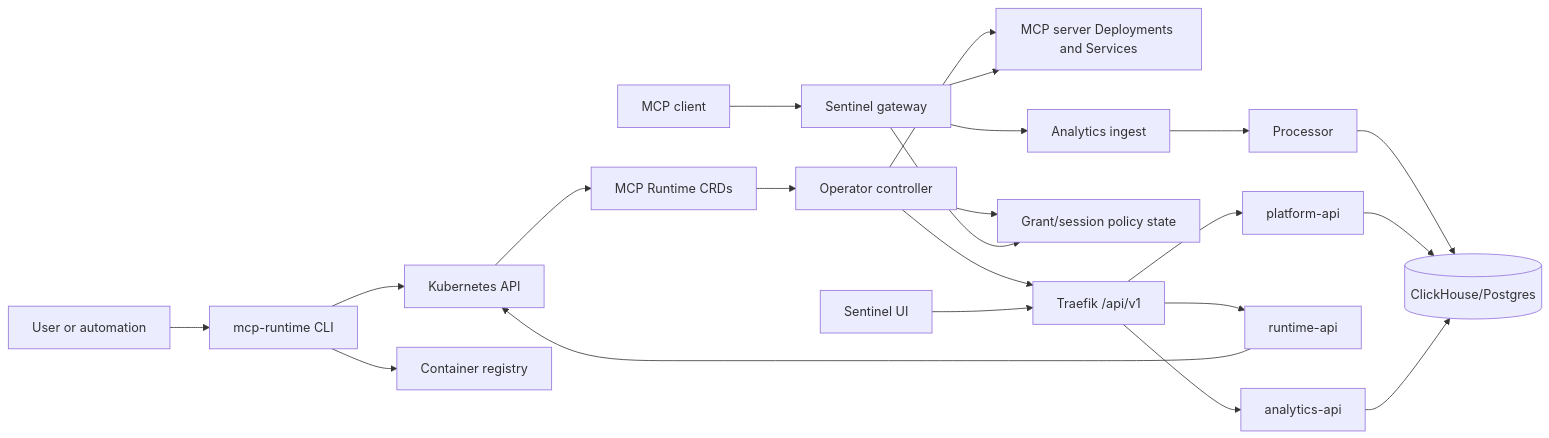
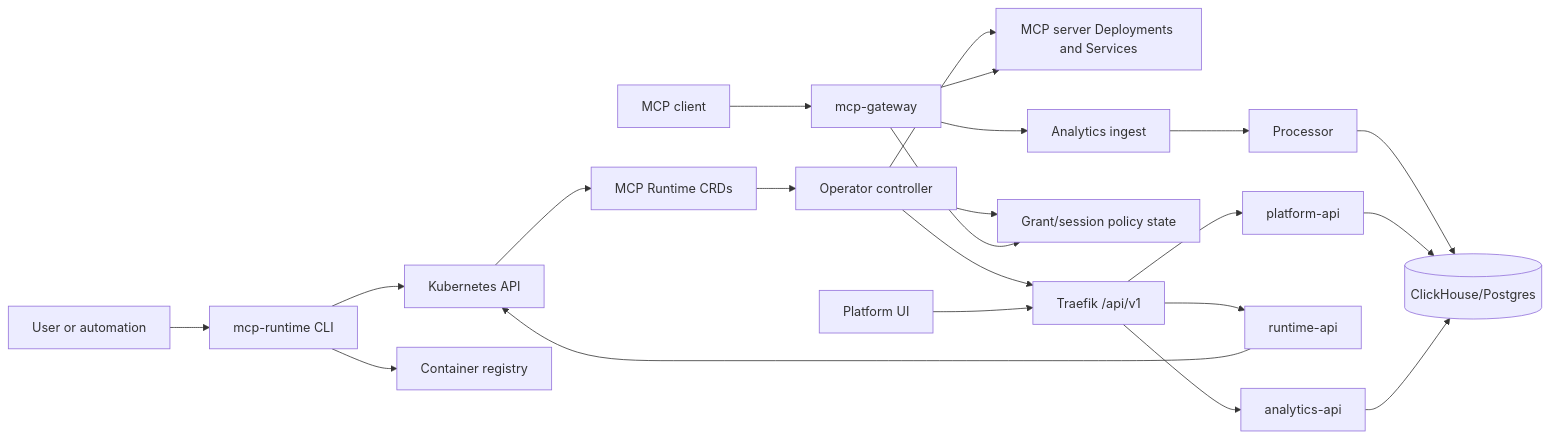
The first of 4 diagrams in docs/internals/README.md (mcp-runtime/mcp-runtime), drawn with Mermaid before and after one commit. The commit also changed other lines of this file and 237 other files, not shown here.

````diff
--- a/docs/internals/README.md
+++ b/docs/internals/README.md
@@ -18,24 +18,24 @@
 ```mermaid
 flowchart LR
     User[User or automation] --> CLI[mcp-runtime CLI]
     CLI --> K8s[Kubernetes API]
     CLI --> Registry[Container registry]
     K8s --> CRDs[MCP Runtime CRDs]
     CRDs --> Operator[Operator controller]
     Operator --> Workloads[MCP server Deployments and Services]
     Operator --> Ingress[Ingress and gateway routes]
     Operator --> Policy[Grant/session policy state]
-    Client[MCP client] --> Gateway[Sentinel gateway]
+    Client[MCP client] --> Gateway[mcp-gateway]
     Gateway --> Policy
     Gateway --> Workloads
     Gateway --> Ingest[Analytics ingest]
     Ingest --> Processor[Processor]
     Processor --> Store[(ClickHouse/Postgres)]
-    UI[Sentinel UI] --> Ingress[Traefik /api/v1]
+    UI[Platform UI] --> Ingress[Traefik /api/v1]
     Ingress --> PlatAPI[platform-api]
     Ingress --> RunAPI[runtime-api]
     Ingress --> AnaAPI[analytics-api]
     RunAPI --> K8s
     PlatAPI --> Store
     AnaAPI --> Store
 ```
````
